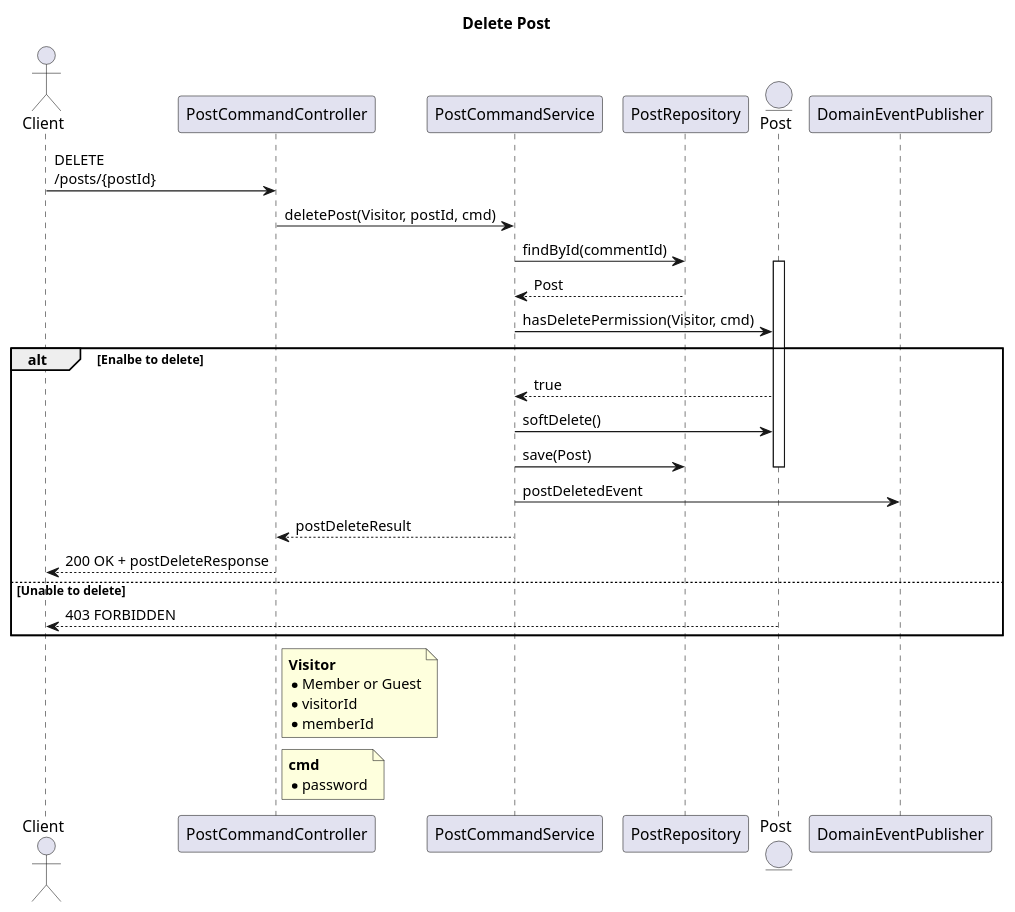
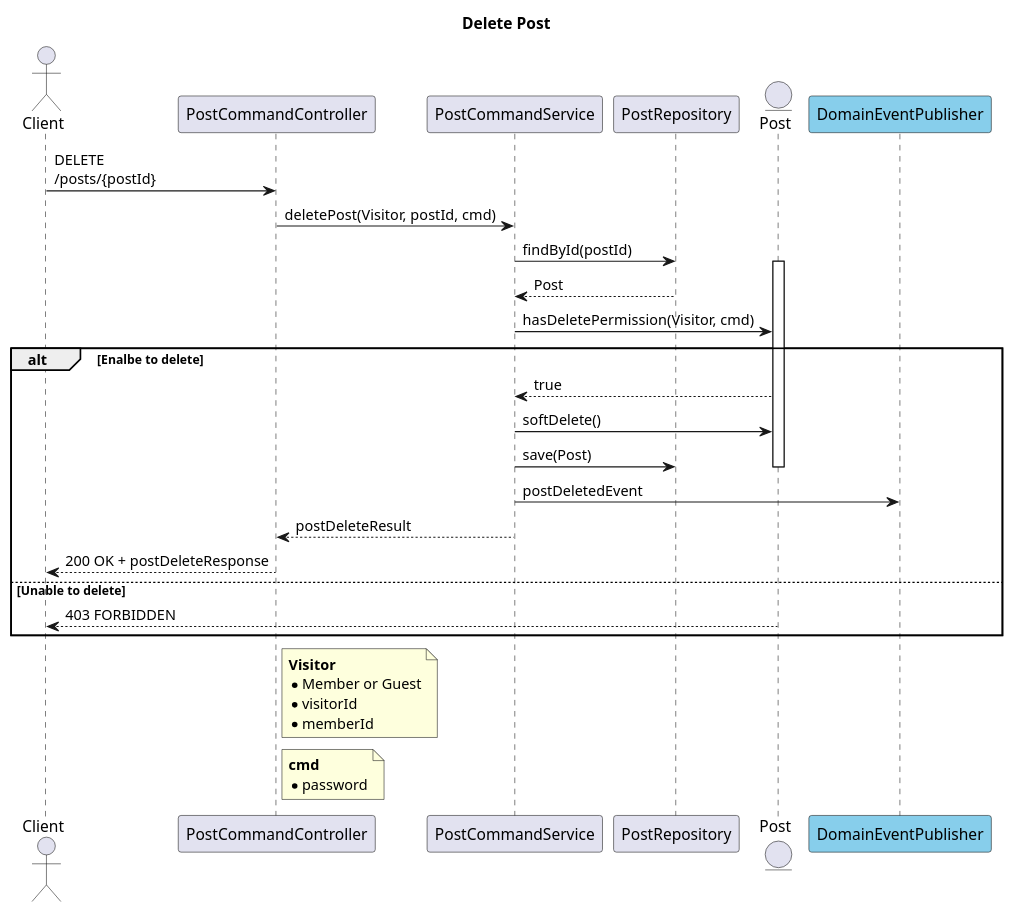
Before and after one commit to SimpleBoardTeam/simpleBoard-server: the diagram in document/puml/event/externalAPI/boardContext/postAggregate/deletePost.puml, drawn with PlantUML. The commit also changed 4 other files, not shown here.

Commit message:
fix(diagram): 이벤트 다이어그램 내부에서 Event handling 시퀸스 제거

```diff
--- a/document/puml/event/externalAPI/boardContext/postAggregate/deletePost.puml
+++ b/document/puml/event/externalAPI/boardContext/postAggregate/deletePost.puml
@@ -1,47 +1,49 @@
 @startuml deletePostSeq
 title Delete Post
 
 actor Client
 participant PostCommandController
 participant PostCommandService
 participant PostRepository
 entity      Post
-participant DomainEventPublisher
+participant DomainEventPublisher #skyblue
 
 Client -> PostCommandController : DELETE\n/posts/{postId}
 '--- Controller
 PostCommandController -> PostCommandService : deletePost(Visitor, postId, cmd)
 '--- Service
-PostCommandService -> PostRepository : findById(commentId)
+PostCommandService -> PostRepository : findById(postId)
 '--- Repository
 activate Post
 PostRepository --> PostCommandService : Post
 PostCommandService -> Post : hasDeletePermission(Visitor, cmd)
 
 alt Enalbe to delete
 Post --> PostCommandService : true
 PostCommandService -> Post : softDelete()
 PostCommandService -> PostRepository : save(Post)
 deactivate Post
 '--- Event
 PostCommandService -> DomainEventPublisher : postDeletedEvent
 '--- Response
 PostCommandService --> PostCommandController : postDeleteResult
 PostCommandController --> Client :  200 OK + postDeleteResponse
 else Unable to delete
 Post --> Client : 403 FORBIDDEN
 end
 
+
 note right of PostCommandController
 <b>Visitor</b>
 * Member or Guest
 * visitorId
 * memberId
 end note
 note right of PostCommandController
 <b>cmd</b>
 * password
 end note
 
+'!include ../../../eventHandling/boardContext/commentAggregate/postDeletedHandle.puml
 
 @enduml
```
